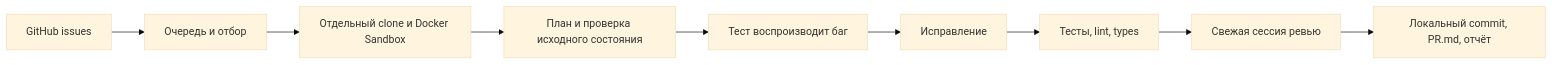
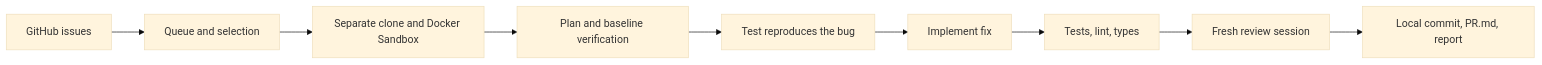
One commit to themick0/contributor changed the diagram in README.md. Above: the diagram before and after it, drawn with Mermaid (base theme). The commit also changed other lines of this file and 1 other file, not shown here.

````diff
--- a/README.md
+++ b/README.md
@@ -11,11 +12,11 @@
 ```mermaid
 flowchart LR
-  A[GitHub issues] --> B[Очередь и отбор]
-  B --> C[Отдельный clone и Docker Sandbox]
-  C --> D[План и проверка исходного состояния]
-  D --> E[Тест воспроизводит баг]
-  E --> F[Исправление]
-  F --> G[Тесты, lint, types]
-  G --> H[Свежая сессия ревью]
-  H --> I[Локальный commit, PR.md, отчёт]
+  A[GitHub issues] --> B[Queue and selection]
+  B --> C[Separate clone and Docker Sandbox]
+  C --> D[Plan and baseline verification]
+  D --> E[Test reproduces the bug]
+  E --> F[Implement fix]
+  F --> G[Tests, lint, types]
+  G --> H[Fresh review session]
+  H --> I[Local commit, PR.md, report]
 ```
````
